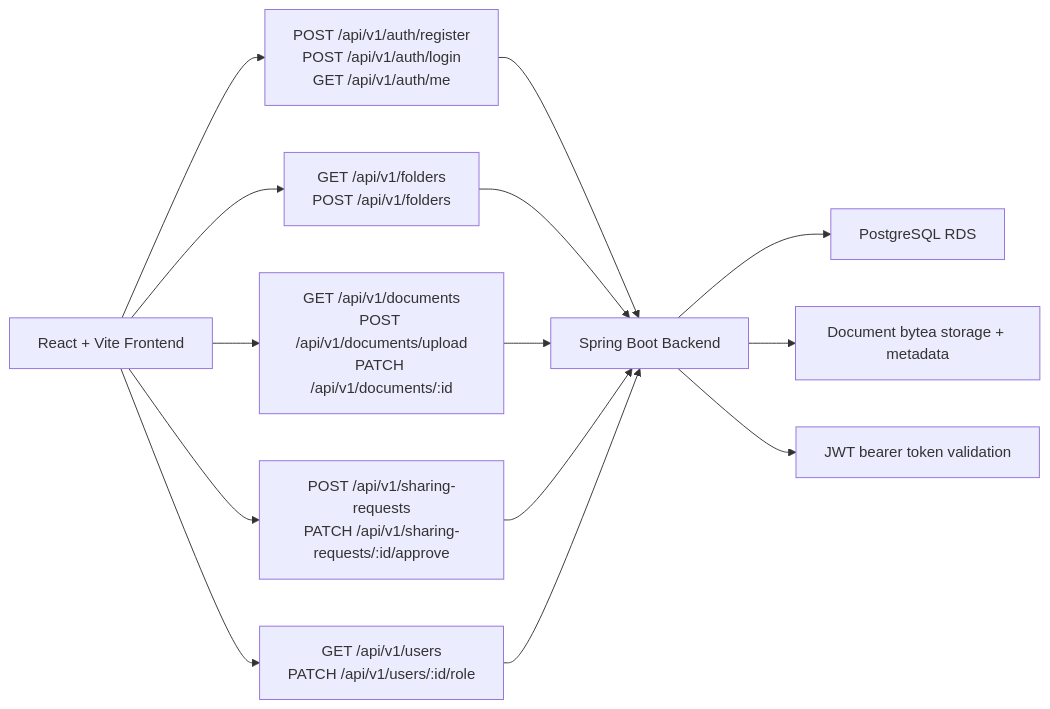
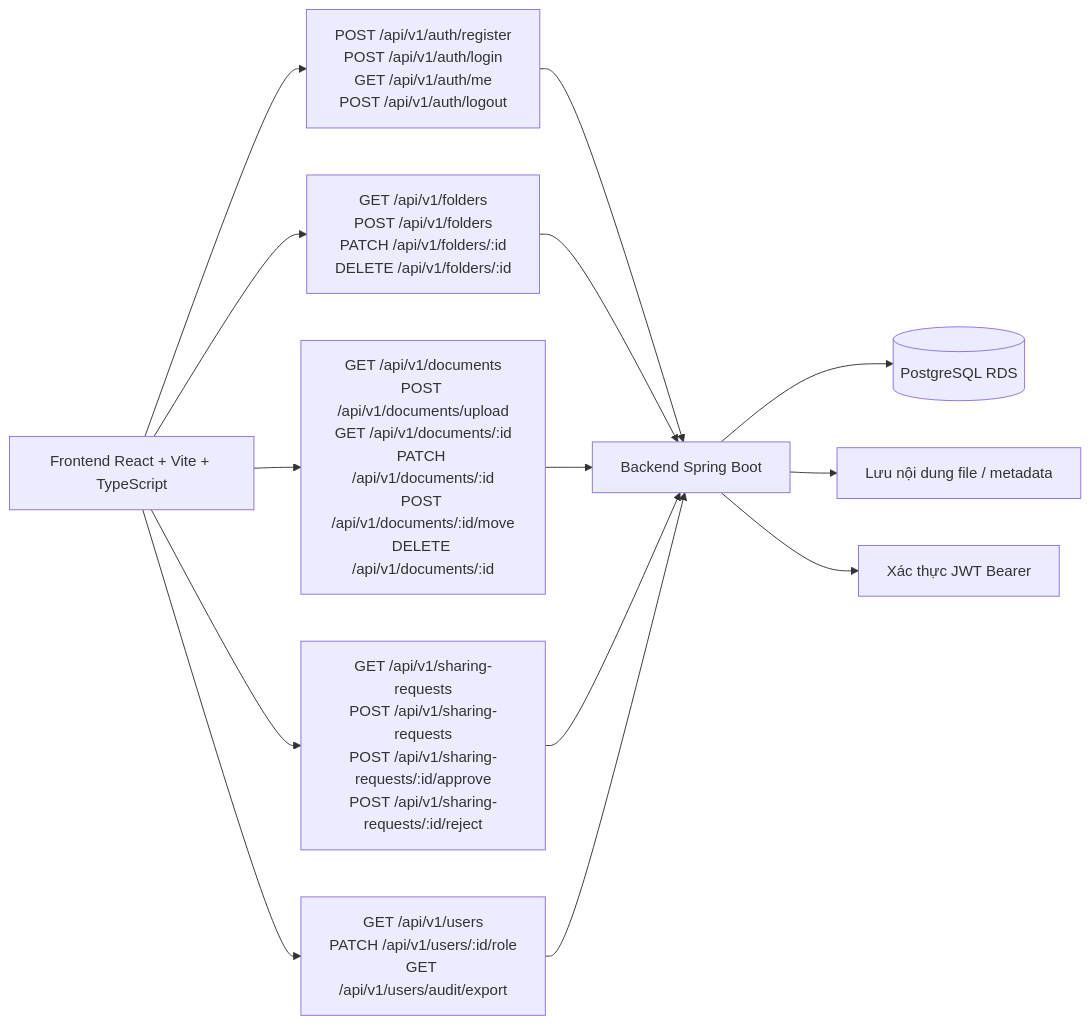
Before and after one commit to DuyKhoiCoder30062004/remix-of-remix-of-doc-keeper: the fifth of 5 diagrams in DIAGRAMS.md, drawn with Mermaid. The commit also changed other lines of this file, not shown here.

````diff
--- a/DIAGRAMS.md
+++ b/DIAGRAMS.md
@@ -308,18 +474,18 @@
 ```mermaid
 flowchart LR
-    Frontend[React + Vite Frontend] --> AuthAPI[POST /api/v1/auth/register\nPOST /api/v1/auth/login\nGET /api/v1/auth/me]
-    Frontend --> FolderAPI[GET /api/v1/folders\nPOST /api/v1/folders]
-    Frontend --> DocAPI[GET /api/v1/documents\nPOST /api/v1/documents/upload\nPATCH /api/v1/documents/:id]
-    Frontend --> ShareAPI[POST /api/v1/sharing-requests\nPATCH /api/v1/sharing-requests/:id/approve]
-    Frontend --> UserAPI[GET /api/v1/users\nPATCH /api/v1/users/:id/role]
+    Frontend[Frontend React + Vite + TypeScript] --> AuthAPI[POST /api/v1/auth/register\nPOST /api/v1/auth/login\nGET /api/v1/auth/me\nPOST /api/v1/auth/logout]
+    Frontend --> FolderAPI[GET /api/v1/folders\nPOST /api/v1/folders\nPATCH /api/v1/folders/:id\nDELETE /api/v1/folders/:id]
+    Frontend --> DocAPI[GET /api/v1/documents\nPOST /api/v1/documents/upload\nGET /api/v1/documents/:id\nPATCH /api/v1/documents/:id\nPOST /api/v1/documents/:id/move\nDELETE /api/v1/documents/:id]
+    Frontend --> ShareAPI[GET /api/v1/sharing-requests\nPOST /api/v1/sharing-requests\nPOST /api/v1/sharing-requests/:id/approve\nPOST /api/v1/sharing-requests/:id/reject]
+    Frontend --> UserAPI[GET /api/v1/users\nPATCH /api/v1/users/:id/role\nGET /api/v1/users/audit/export]
 
-    AuthAPI --> API[Spring Boot Backend]
-    FolderAPI --> API
-    DocAPI --> API
-    ShareAPI --> API
-    UserAPI --> API
+    AuthAPI --> Backend[Backend Spring Boot]
+    FolderAPI --> Backend
+    DocAPI --> Backend
+    ShareAPI --> Backend
+    UserAPI --> Backend
 
-    API --> DB[PostgreSQL RDS]
-    API --> Files[Document bytea storage + metadata]
-    API --> JWT[JWT bearer token validation]
+    Backend --> Database[(PostgreSQL RDS)]
+    Backend --> FileStore[Lưu nội dung file / metadata]
+    Backend --> JWT[Xác thực JWT Bearer]
 ```
````
